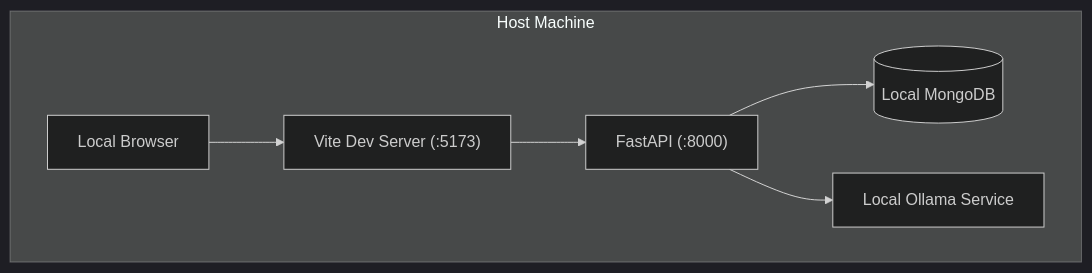
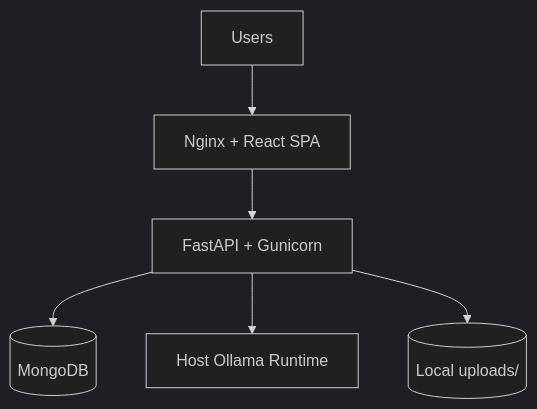
Before and after one commit to ark5234/Jan-Sunwai-AI: the first of 3 diagrams in docs/PRODUCTION_DEPLOYMENT_PLAN.md, drawn with Mermaid (dark theme). The commit also changed other lines of this file and 13 other files, not shown here.

Commit message:
Refactor documentation in reports folder: Update README.md, SCHEMA_DESIGN.md, and SYSTEM_ARCHITECTURE.md for clarity and consistency. Enhance descriptions, add new sections, and improve formatting. Last updated date standardized to 2026-04-06.

````diff
--- a/docs/PRODUCTION_DEPLOYMENT_PLAN.md
+++ b/docs/PRODUCTION_DEPLOYMENT_PLAN.md
@@ -52,9 +17,8 @@
 ```mermaid
-graph TB
-    subgraph Host Machine
-        Browser["Local Browser"] --> FE["Vite Dev Server (:5173)"]
-        FE --> BE["FastAPI (:8000)"]
-        BE --> DB[("Local MongoDB")]
-        BE --> AI["Local Ollama Service"]
-    end
+flowchart TB
+    User[Users] --> FE[Nginx + React SPA]
+    FE --> API[FastAPI + Gunicorn]
+    API --> DB[(MongoDB)]
+    API --> OLLAMA[Host Ollama Runtime]
+    API --> FS[(Local uploads/)]
 ```
````
